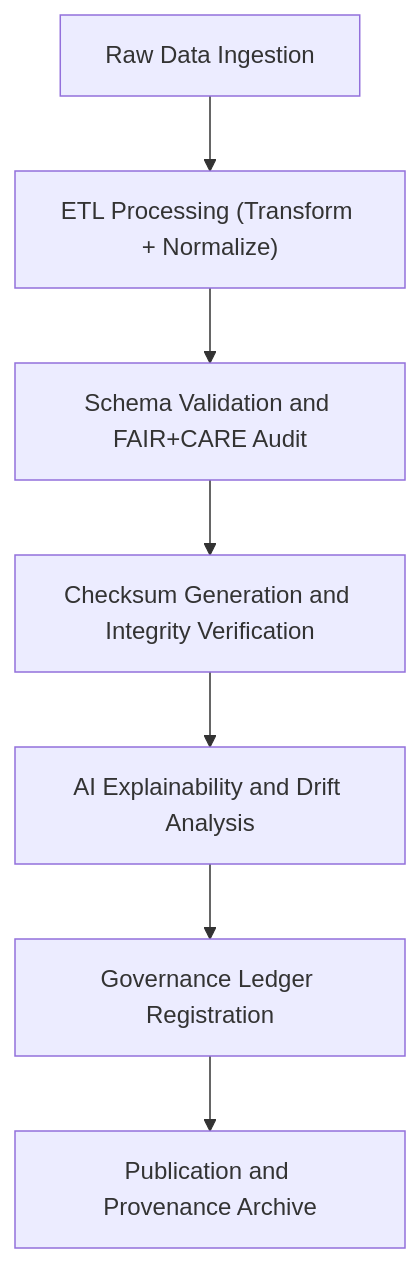
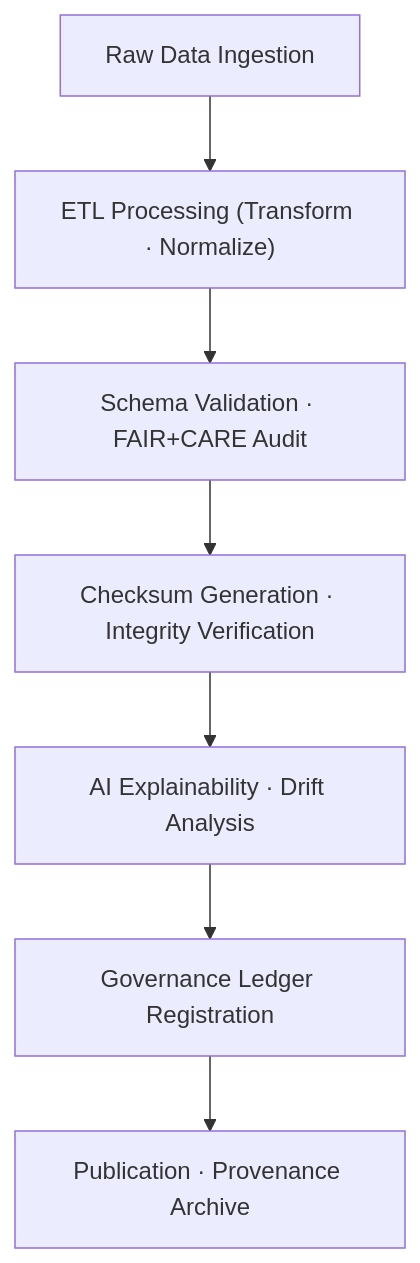
Before and after one commit to bartytime4life/Kansas-Frontier-Matrix: the second of 2 diagrams in data/ARCHITECTURE.md, drawn with Mermaid. The commit also changed other lines of this file, not shown here.

Commit message:
Update architecture specification to version 9.7.0

````diff
--- a/data/ARCHITECTURE.md
+++ b/data/ARCHITECTURE.md
@@ -121,9 +124,9 @@
 ```mermaid
 flowchart TD
-    A["Raw Data Ingestion"] --> B["ETL Processing (Transform + Normalize)"]
-    B --> C["Schema Validation and FAIR+CARE Audit"]
-    C --> D["Checksum Generation and Integrity Verification"]
-    D --> E["AI Explainability and Drift Analysis"]
+    A["Raw Data Ingestion"] --> B["ETL Processing (Transform · Normalize)"]
+    B --> C["Schema Validation · FAIR+CARE Audit"]
+    C --> D["Checksum Generation · Integrity Verification"]
+    D --> E["AI Explainability · Drift Analysis"]
     E --> F["Governance Ledger Registration"]
-    F --> G["Publication and Provenance Archive"]
+    F --> G["Publication · Provenance Archive"]
 ```
````
